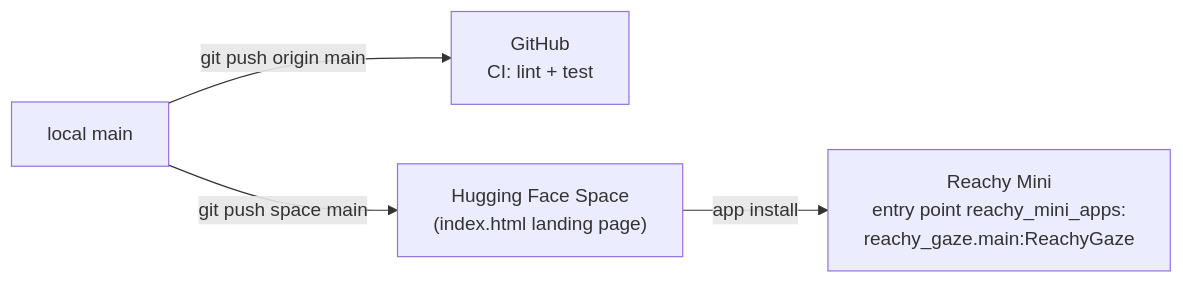
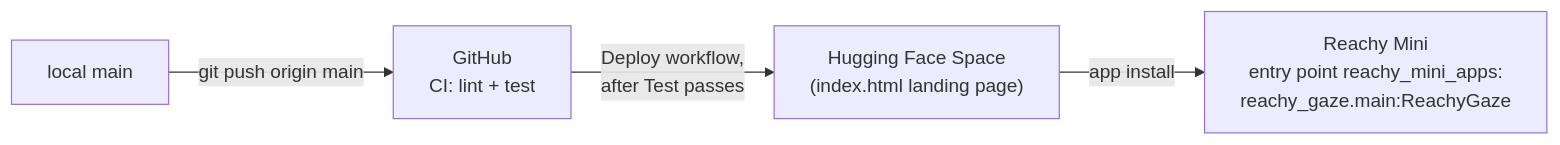
Diagram 12 of 12 in arch.md (belambert/reachy-gaze), drawn with Mermaid before and after one commit. The commit also changed other lines of this file and 2 other files, not shown here.

Commit message:
ci: deploy main to the Hugging Face Space after tests pass (#11)

````diff
--- a/arch.md
+++ b/arch.md
@@ -503,6 +503,6 @@
 ```mermaid
 flowchart LR
     Dev["local main"] -- "git push origin main" --> GH["GitHub<br/>CI: lint + test"]
-    Dev -- "git push space main" --> HF["Hugging Face Space<br/>(index.html landing page)"]
+    GH -- "Deploy workflow,<br/>after Test passes" --> HF["Hugging Face Space<br/>(index.html landing page)"]
     HF -- "app install" --> Robot["Reachy Mini<br/>entry point reachy_mini_apps:<br/>reachy_gaze.main:ReachyGaze"]
 ```
````
